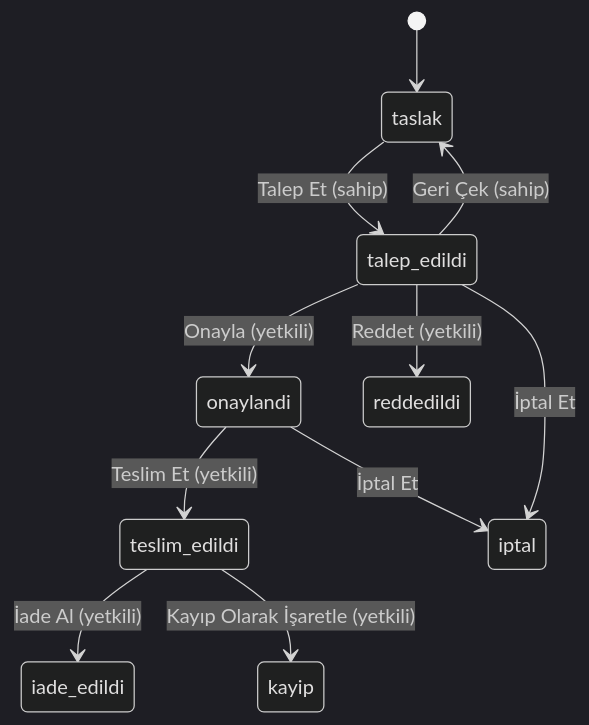
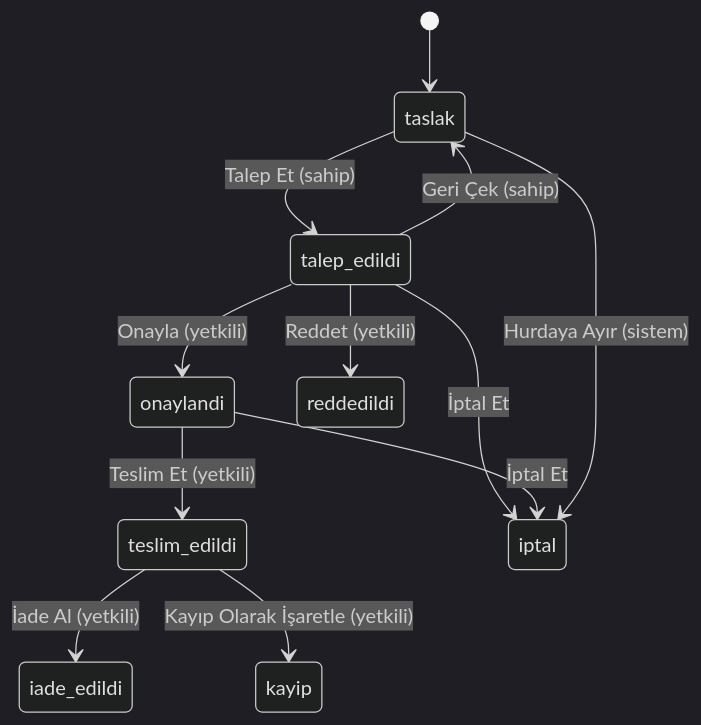
One commit to onurbcoban/ekipman-zimmet-case-study changed the second of 2 diagrams in README.md. Above: the diagram before and after it, drawn with Mermaid (dark theme). The commit also changed other lines of this file, not shown here.

Commit message:
docs: README v2'ye göre güncellendi (kullanılabilirlik ön koşulları, Hurdaya Ayır, cihaz işlemleri, sınırlamalar, geçiş planı bağlantısı) ve sadeleştirildi

````diff
--- a/README.md
+++ b/README.md
@@ -66,14 +66,15 @@
 ```mermaid
 stateDiagram-v2
     direction TB
     [*] --> taslak
     taslak --> talep_edildi: Talep Et (sahip)
     talep_edildi --> taslak: Geri Çek (sahip)
     talep_edildi --> onaylandi: Onayla (yetkili)
     talep_edildi --> reddedildi: Reddet (yetkili)
     onaylandi --> teslim_edildi: Teslim Et (yetkili)
     teslim_edildi --> iade_edildi: İade Al (yetkili)
     teslim_edildi --> kayip: Kayıp Olarak İşaretle (yetkili)
     talep_edildi --> iptal: İptal Et
     onaylandi --> iptal: İptal Et
+    taslak --> iptal: Hurdaya Ayır (sistem)
 ```
````
